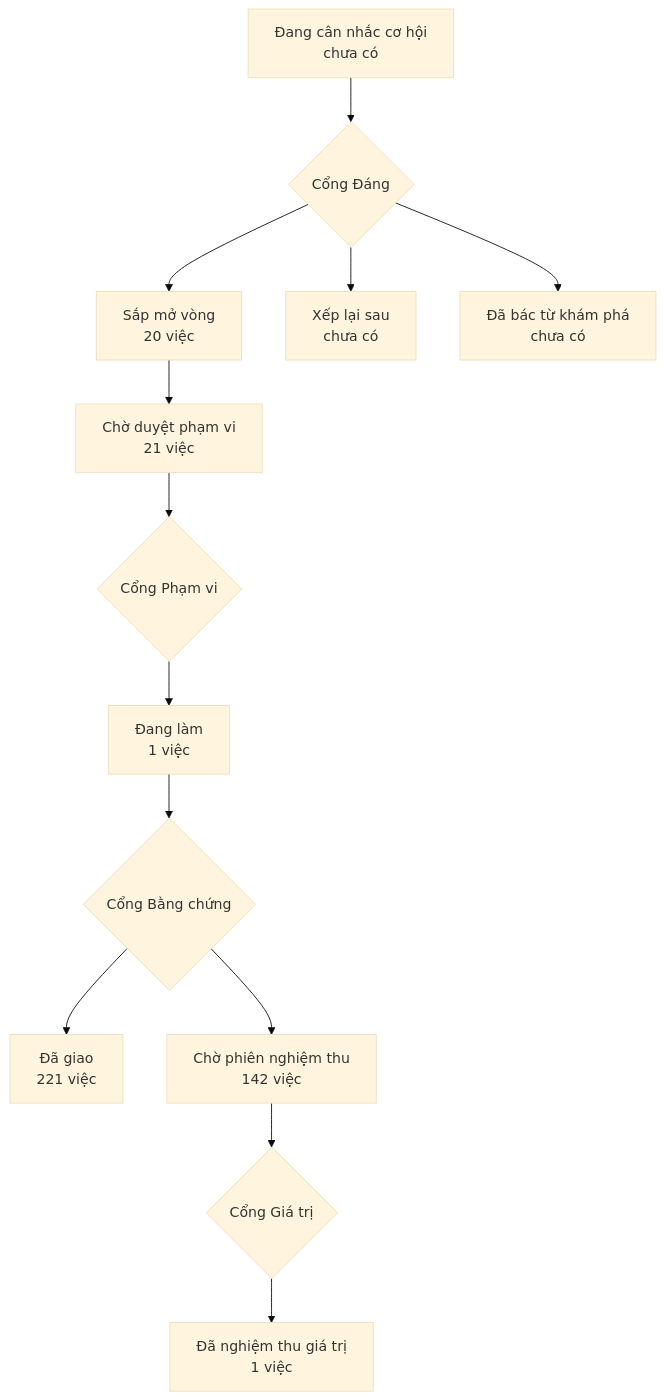
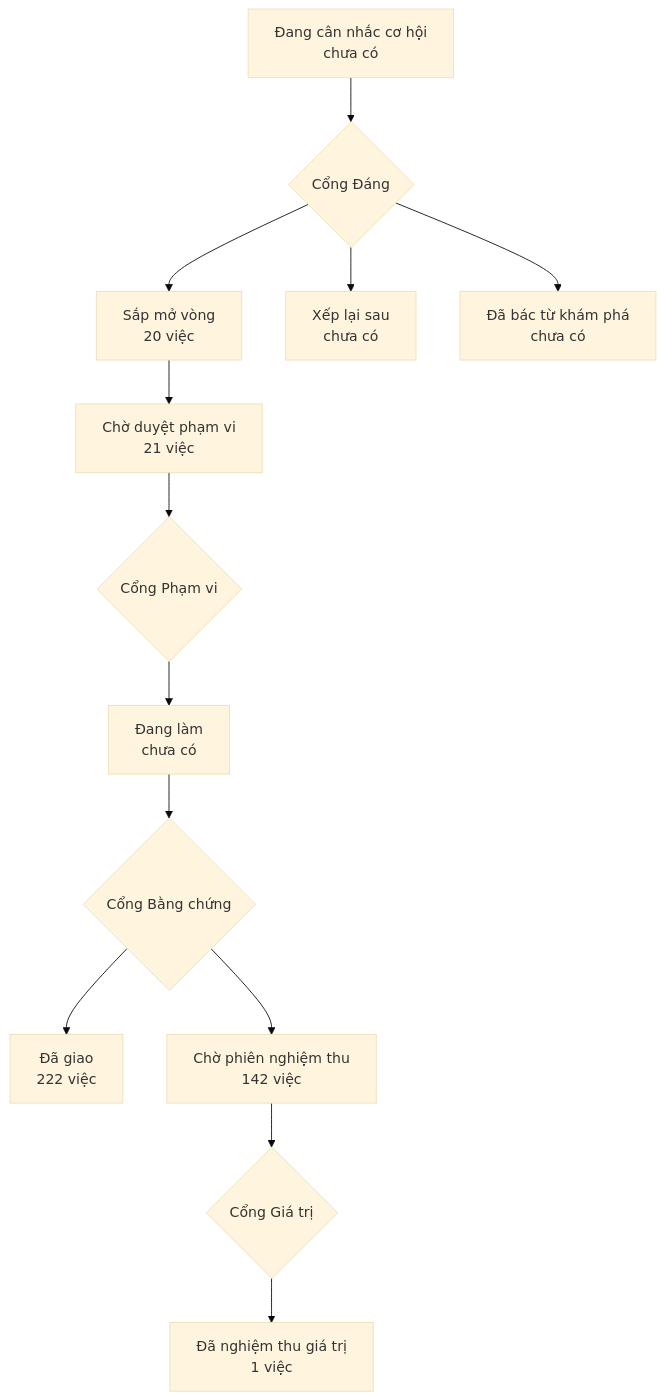
Before and after one commit to phanlemanh/onehub-invest: the diagram in PRODUCT-MAP.md, drawn with Mermaid (base theme). The commit also changed other lines of this file and 5 other files, not shown here.

````diff
--- a/PRODUCT-MAP.md
+++ b/PRODUCT-MAP.md
@@ -7,12 +7,12 @@
 ```mermaid
 flowchart TD
   A["Đang cân nhắc cơ hội<br/>chưa có"] --> GD{"Cổng Đáng"}
   GD --> B["Sắp mở vòng<br/>20 việc"]
   GD --> XL["Xếp lại sau<br/>chưa có"]
   GD --> DB["Đã bác từ khám phá<br/>chưa có"]
   B --> CD["Chờ duyệt phạm vi<br/>21 việc"] --> GP{"Cổng Phạm vi"}
-  GP --> DL["Đang làm<br/>1 việc"] --> GB{"Cổng Bằng chứng"}
-  GB --> DG["Đã giao<br/>221 việc"]
+  GP --> DL["Đang làm<br/>chưa có"] --> GB{"Cổng Bằng chứng"}
+  GB --> DG["Đã giao<br/>222 việc"]
   GB --> CN["Chờ phiên nghiệm thu<br/>142 việc"] --> GG{"Cổng Giá trị"}
   GG --> NT["Đã nghiệm thu giá trị<br/>1 việc"]
 ```
````
